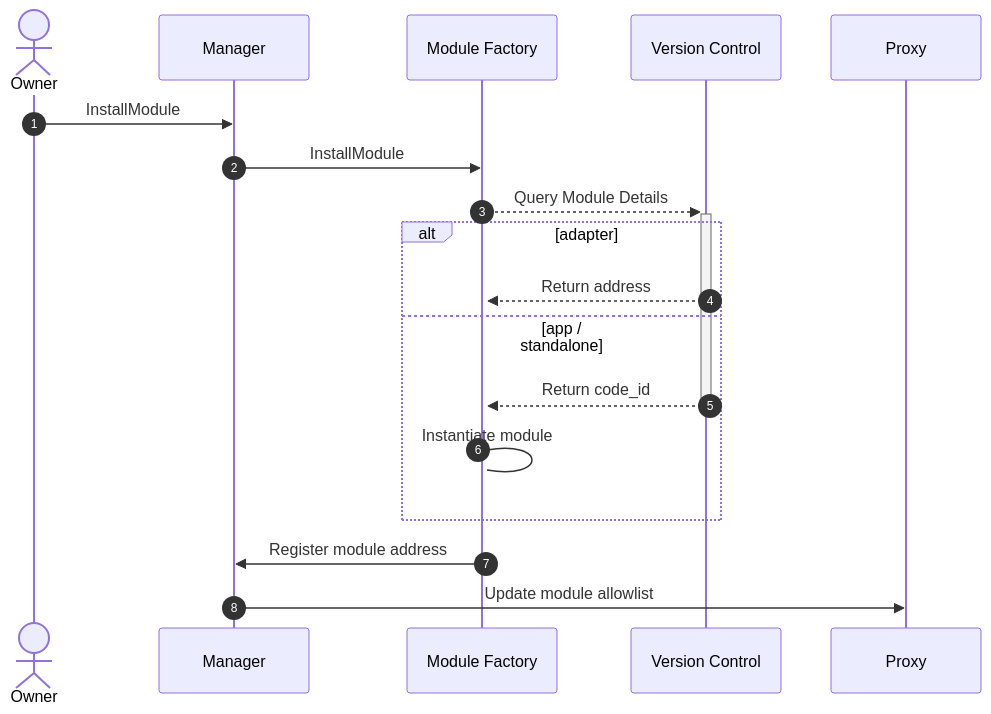
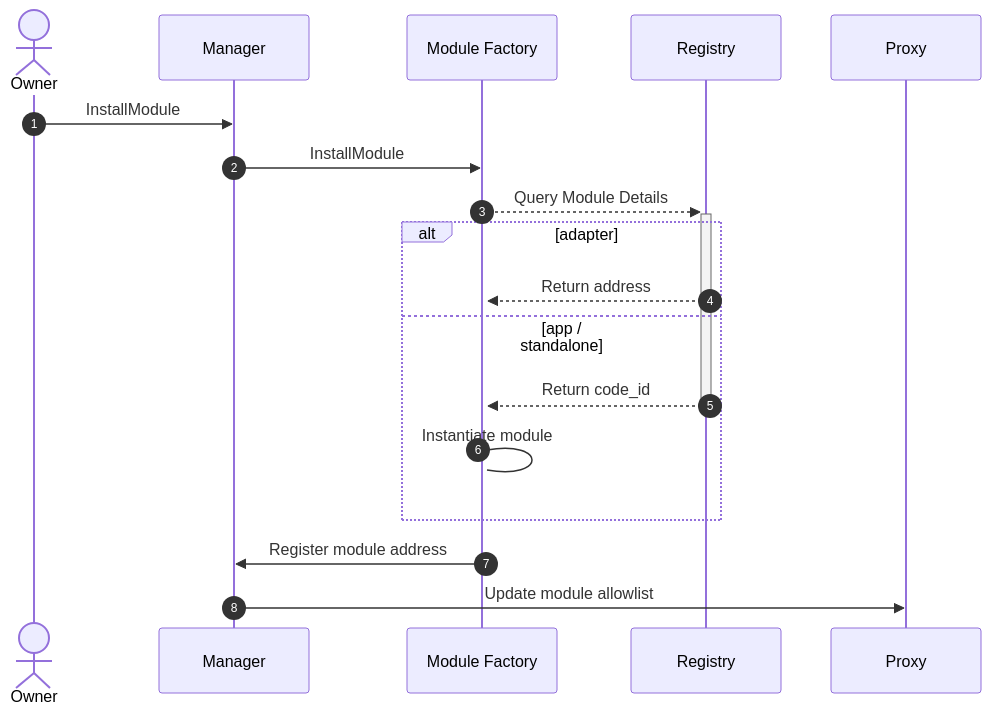
One commit to AbstractSDK/abstract changed the first of 5 diagrams in framework/docs/src/5_platform/8_modules.md. Above: the diagram before and after it, drawn with Mermaid. The commit also changed other lines of this file and 14 other files, not shown here.

Commit message:
rename all references to version control to registry in docs

````diff
--- a/framework/docs/src/5_platform/8_modules.md
+++ b/framework/docs/src/5_platform/8_modules.md
@@ -11,20 +11,20 @@
 ```mermaid
 sequenceDiagram
     autonumber
     actor U as Owner
     participant M as Manager
     participant MF as Module Factory
-    participant VC as Version Control
+    participant REG as Registry
     participant P as Proxy
     U ->> M: InstallModule
     M ->> MF: InstallModule
-    MF -->>+ VC: Query Module Details
+    MF -->>+ REG: Query Module Details
     alt adapter
-        VC -->>+ MF: Return address
+        REG -->>+ MF: Return address
     else app / standalone
-        VC -->>- MF: Return code_id
+        REG -->>- MF: Return code_id
         MF -> MF: Instantiate module
     end
     MF ->> M: Register module address
     M ->> P: Update module allowlist
 ```
````
